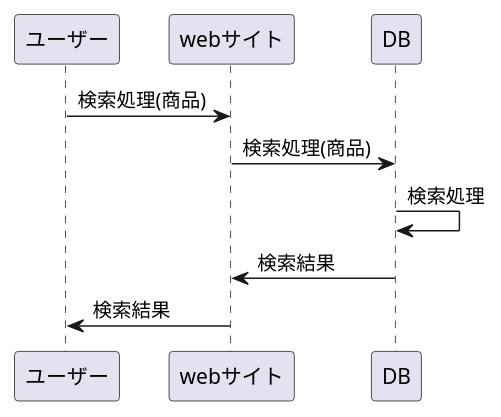
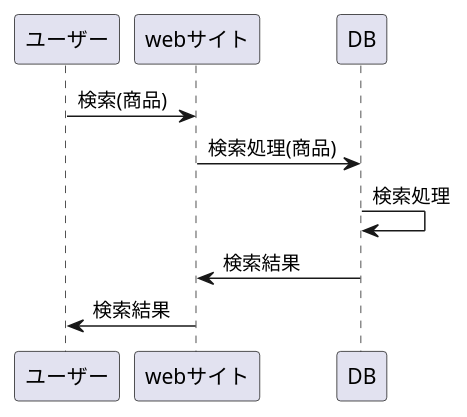
Before and after one commit to Aso2001006/2021sys-design: the diagram in kensaku.md, drawn with PlantUML.

```diff
--- a/kensaku.md
+++ b/kensaku.md
@@ -2,7 +2,7 @@
 @startuml
-ユーザー -> webサイト :検索処理(商品)
+ユーザー -> webサイト :検索(商品)
 webサイト -> DB :検索処理(商品)
 DB -> DB :検索処理
 DB -> webサイト :検索結果
 webサイト -> ユーザー :検索結果
 @enduml
```
